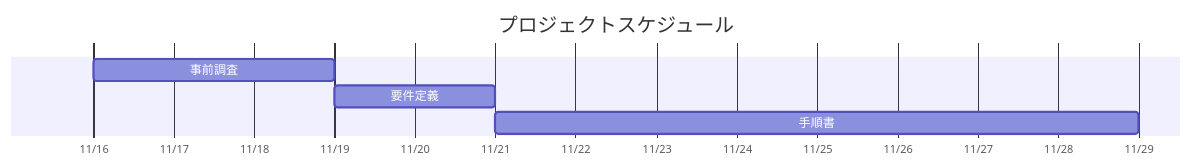
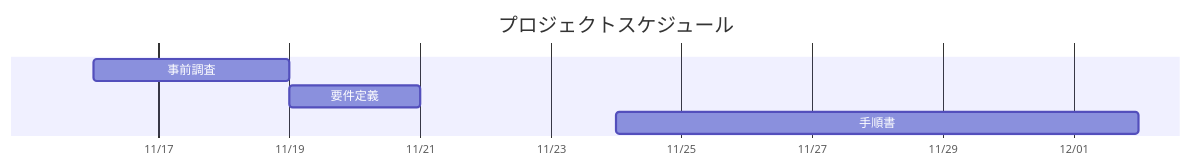
The diagram in 01_req/ESP32-WROOM-32E要件定義書v.1.0.md (hip-systrain/doc-ESP32_WROOM_32E), drawn with Mermaid before and after one commit.

Commit message:
mod_#4380_スケジュール図の修正

````diff
--- a/01_req/ESP32-WROOM-32E要件定義書v.1.0.md
+++ b/01_req/ESP32-WROOM-32E要件定義書v.1.0.md
@@ -94,11 +94,11 @@
 ```mermaid
 gantt
     todayMarker off
     title プロジェクトスケジュール
     dateFormat  YYYY-MM-DD
     axisFormat %m/%d
     
     事前調査       :a1, 2026-11-16, 3d
     要件定義       :a2, after a1, 2d
-    手順書       :a3, after a2, 8d
+    手順書       :a3, 2026-11-24, 8d
 ```
````
